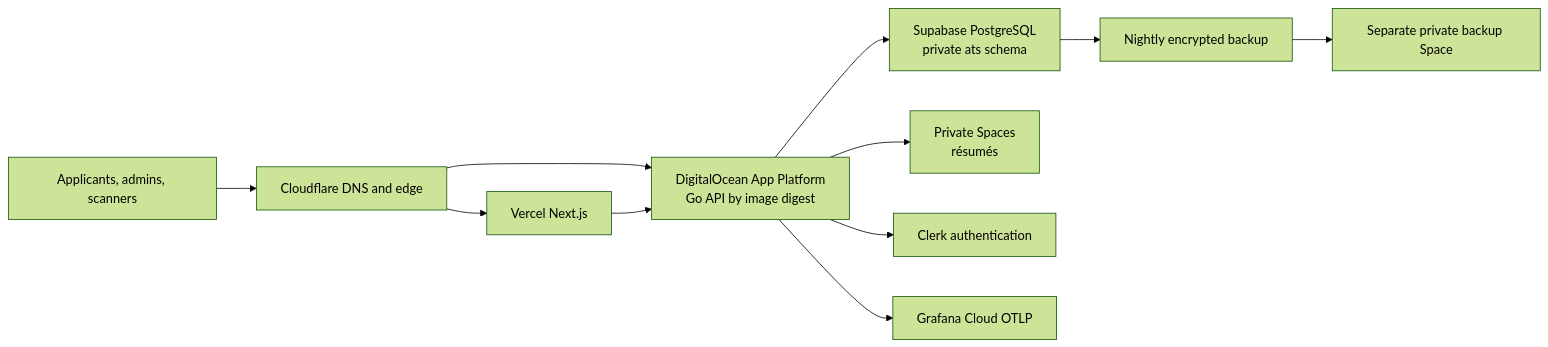
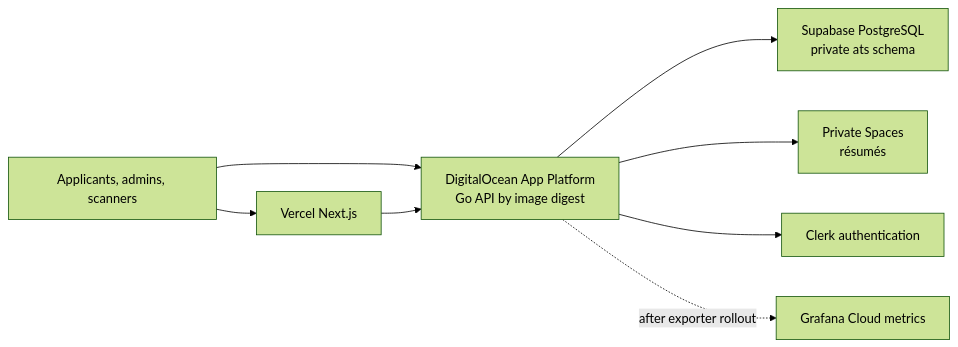
Before and after one commit to hackatlantic/hackatlantic-competitors: the first of 2 diagrams in docs/PLATFORM_ENGINEERING.md, drawn with Mermaid (forest theme). The commit also changed other lines of this file and 28 other files, not shown here.

Commit message:
Add Grafana metrics observability and technical docs

````diff
--- a/docs/PLATFORM_ENGINEERING.md
+++ b/docs/PLATFORM_ENGINEERING.md
@@ -7,13 +11,10 @@
 ```mermaid
 flowchart LR
-    U["Applicants, admins, scanners"] --> CF["Cloudflare DNS and edge"]
-    CF --> V["Vercel Next.js"]
-    CF --> DO["DigitalOcean App Platform\nGo API by image digest"]
+    U["Applicants, admins, scanners"] --> V["Vercel Next.js"]
+    U --> DO["DigitalOcean App Platform\nGo API by image digest"]
     V --> DO
     DO --> SB["Supabase PostgreSQL\nprivate ats schema"]
     DO --> SP["Private Spaces\nrésumés"]
     DO --> CL["Clerk authentication"]
-    DO --> GC["Grafana Cloud OTLP"]
-    BK["Nightly encrypted backup"] --> BS["Separate private backup Space"]
-    SB --> BK
+    DO -. "after exporter rollout" .-> GC["Grafana Cloud metrics"]
 ```
````
